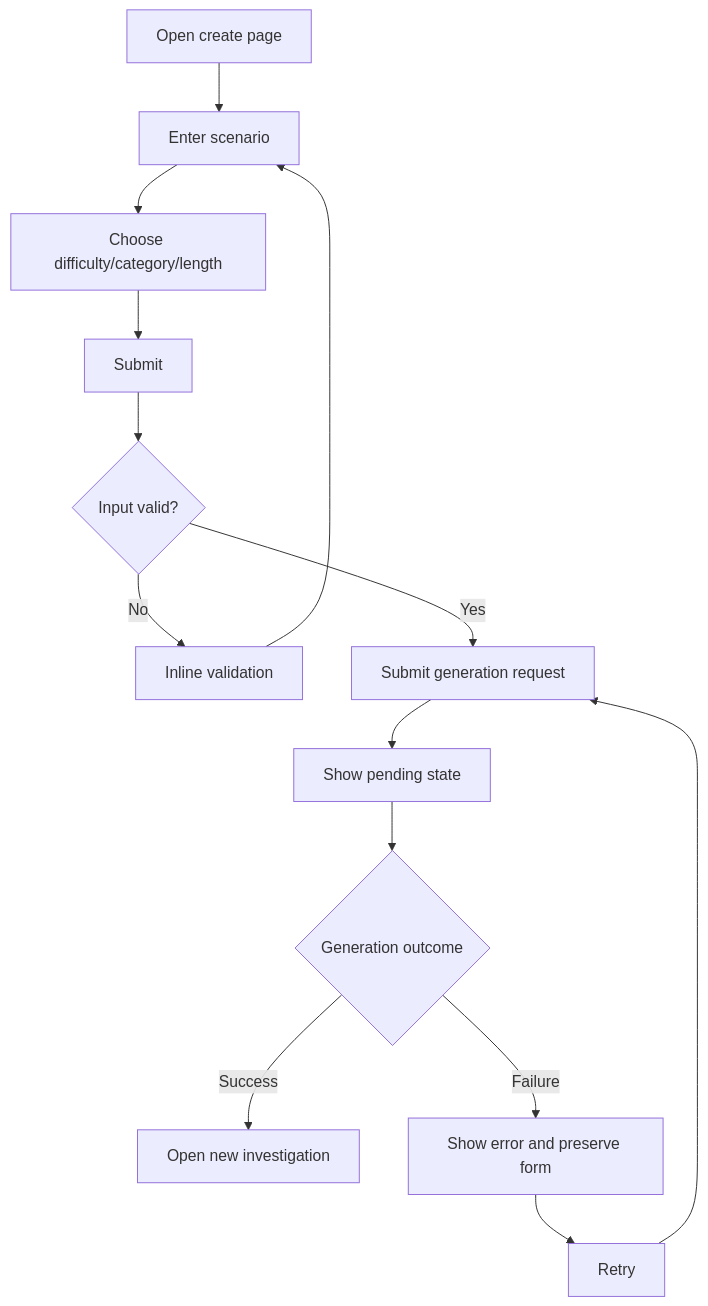
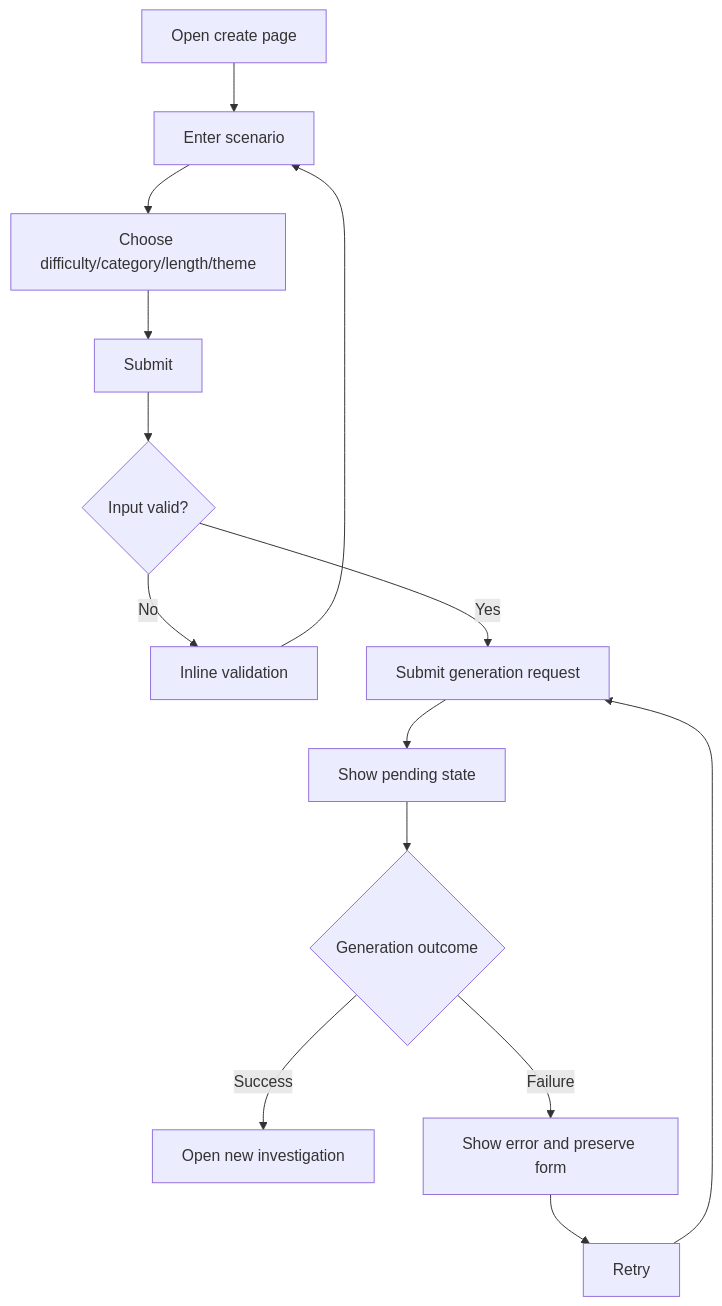
The third of 5 diagrams in Docs/USER_FLOWS.md (abhaysoni007/AI-Mystery-Room), drawn with Mermaid before and after one commit. The commit also changed other lines of this file and 8 other files, not shown here.

````diff
--- a/Docs/USER_FLOWS.md
+++ b/Docs/USER_FLOWS.md
@@ -193,16 +297,31 @@
 ```mermaid
+
 flowchart TD
-    A[Open create page] --> B[Enter scenario]
-    B --> C[Choose difficulty/category/length]
-    C --> D[Submit]
-    D --> E{Input valid?}
-    E -->|No| F[Inline validation]
-    F --> B
-    E -->|Yes| G[Submit generation request]
-    G --> H[Show pending state]
-    H --> I{Generation outcome}
-    I -->|Success| J[Open new investigation]
-    I -->|Failure| K[Show error and preserve form]
-    K --> L[Retry]
-    L --> G
+
+    A[Open create page] --> B[Enter scenario]
+
+    B --> C[Choose difficulty/category/length/theme]
+
+    C --> D[Submit]
+
+    D --> E{Input valid?}
+
+    E -->|No| F[Inline validation]
+
+    F --> B
+
+    E -->|Yes| G[Submit generation request]
+
+    G --> H[Show pending state]
+
+    H --> I{Generation outcome}
+
+    I -->|Success| J[Open new investigation]
+
+    I -->|Failure| K[Show error and preserve form]
+
+    K --> L[Retry]
+
+    L --> G
+
 ```
````
